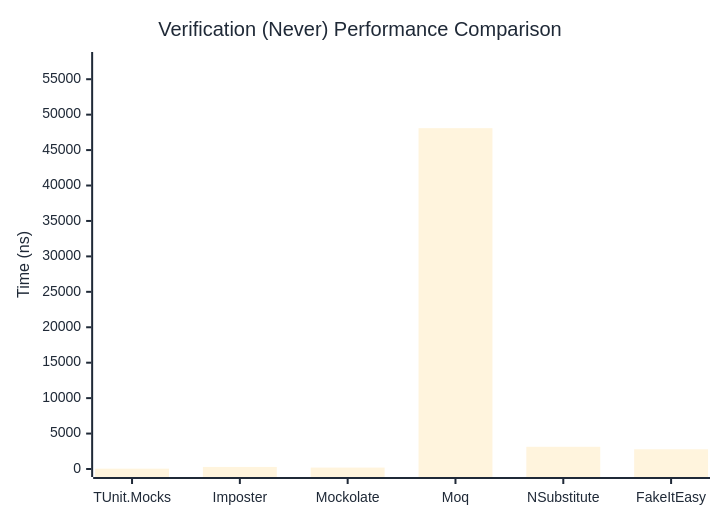
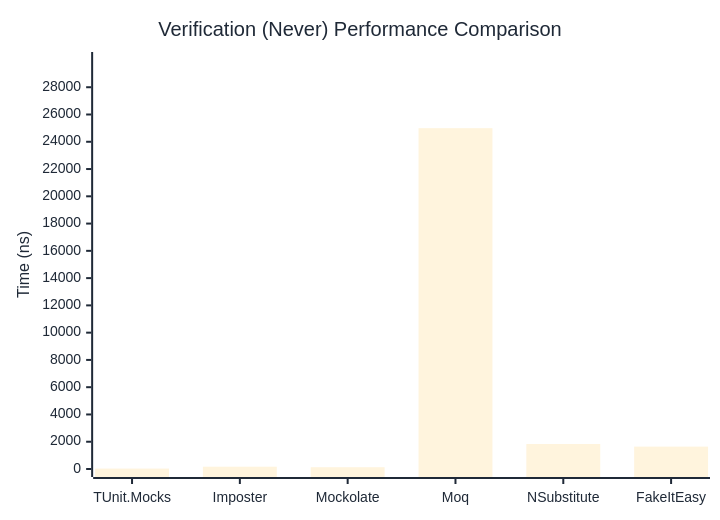
One commit to thomhurst/TUnit changed the second of 3 diagrams in docs/docs/benchmarks/mocks/Verification.md. Above: the diagram before and after it, drawn with Mermaid. The commit also changed other lines of this file and 14 other files, not shown here.

````diff
--- a/docs/docs/benchmarks/mocks/Verification.md
+++ b/docs/docs/benchmarks/mocks/Verification.md
@@ -71,27 +71,27 @@
 ```mermaid
 %%{init: {
   'theme':'base',
   'themeVariables': {
     'primaryColor': '#2563eb',
     'primaryTextColor': '#1f2937',
     'primaryBorderColor': '#1e40af',
     'lineColor': '#6b7280',
     'secondaryColor': '#7c3aed',
     'tertiaryColor': '#dc2626',
     'background': '#ffffff',
     'pie1': '#2563eb',
     'pie2': '#7c3aed',
     'pie3': '#dc2626',
     'pie4': '#f59e0b',
     'pie5': '#10b981',
     'pie6': '#06b6d4',
     'pie7': '#ec4899',
     'pie8': '#6366f1'
   }
 }}%%
 xychart-beta
   title "Verification (Never) Performance Comparison"
   x-axis ["TUnit.Mocks", "Imposter", "Mockolate", "Moq", "NSubstitute", "FakeItEasy"]
-  y-axis "Time (ns)" 0 --> 57711
-  bar [45.03, 291.43, 199.6, 48091.9, 3132.85, 2781.1]
+  y-axis "Time (ns)" 0 --> 29997
+  bar [31.06, 168.36, 130.41, 24997.15, 1831.54, 1642.53]
 ```
````
